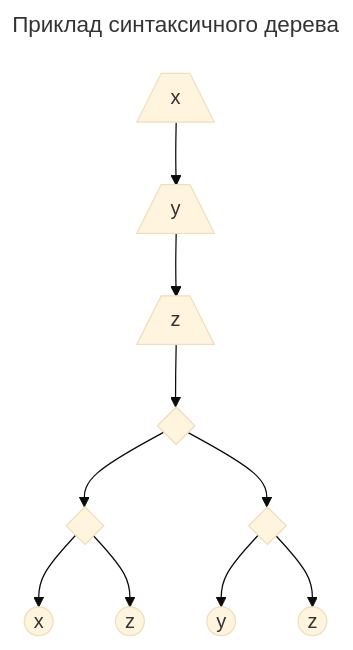
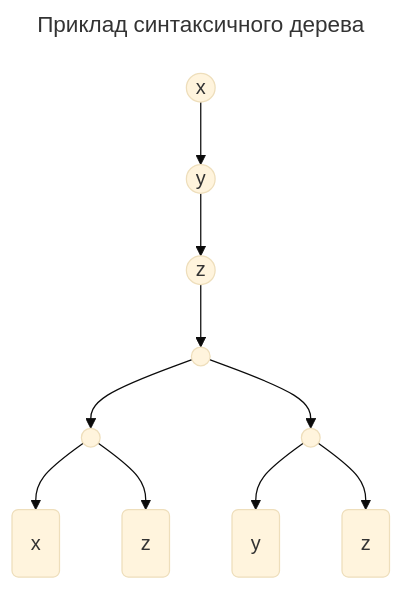
Before and after one commit to gzholtkevych/CertifiedProgramming: the first of 6 diagrams in Lectures/lecture-2.md, drawn with Mermaid (base theme).

````diff
--- a/Lectures/lecture-2.md
+++ b/Lectures/lecture-2.md
@@ -31,15 +31,15 @@
 ```mermaid
 ---
 title: Приклад синтаксичного дерева
 ---
 graph TD
-    A[/x\] --> B[/y\]
-    B --> C[/z\]
-    C --> D{ }
-    D --> E{ }
-    D --> F{ }
-    E --> G((x))
-    E --> H((z))
-    F --> I((y))
-    F --> J((z))
+    A((x)) --> B((y))
+    B --> C((z))
+    C --> D(( ))
+    D --> E(( ))
+    D --> F(( ))
+    E --> G(x)
+    E --> H(z)
+    F --> I(y)
+    F --> J(z)
 ```
````
